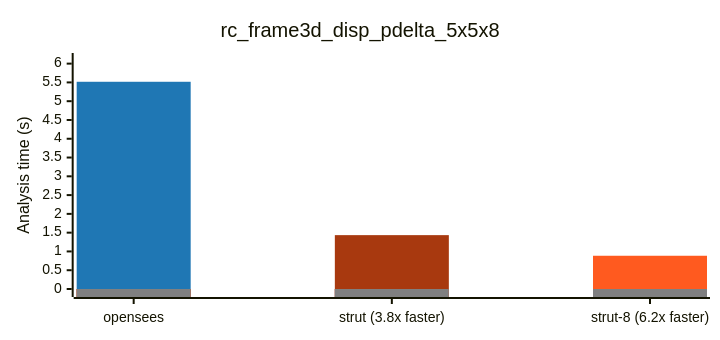
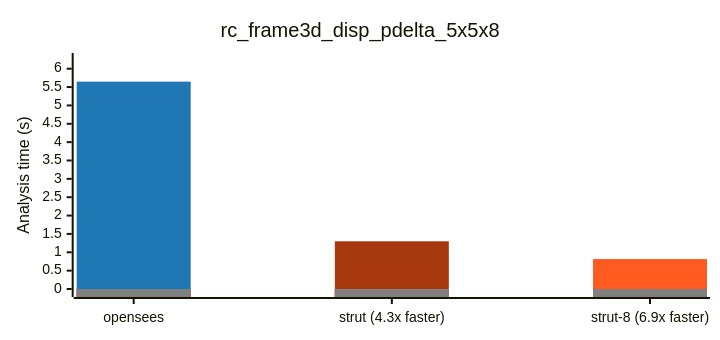
One commit to NathanaelRea/Strut changed the third of 11 diagrams in docs/benchmark-opensees-examples.md. Above: the diagram before and after it, drawn with Mermaid. The commit also changed other lines of this file and 57 other files, not shown here.

````diff
--- a/docs/benchmark-opensees-examples.md
+++ b/docs/benchmark-opensees-examples.md
@@ -69,18 +73,18 @@
 ```mermaid
 ---
 config:
   xyChart:
     height: 320
   themeVariables:
     xyChart:
       plotColorPalette: '#1f77b4, #a8390f, #FF5A1F, #808080'
 ---
 xychart-beta
     title "rc_frame3d_disp_pdelta_5x5x8"
-    x-axis ["opensees", "strut (3.8x faster)", "strut-8 (6.2x faster)"]
-    y-axis "Analysis time (s)" 0 --> 6.07
-    bar [5.517, 0, 0]
-    bar [0, 1.434, 0]
-    bar [0, 0, 0.885]
+    x-axis ["opensees", "strut (4.3x faster)", "strut-8 (6.9x faster)"]
+    y-axis "Analysis time (s)" 0 --> 6.21
+    bar [5.648, 0, 0]
+    bar [0, 1.299, 0]
+    bar [0, 0, 0.815]
     bar [0, 0, 0]
 ```
````
